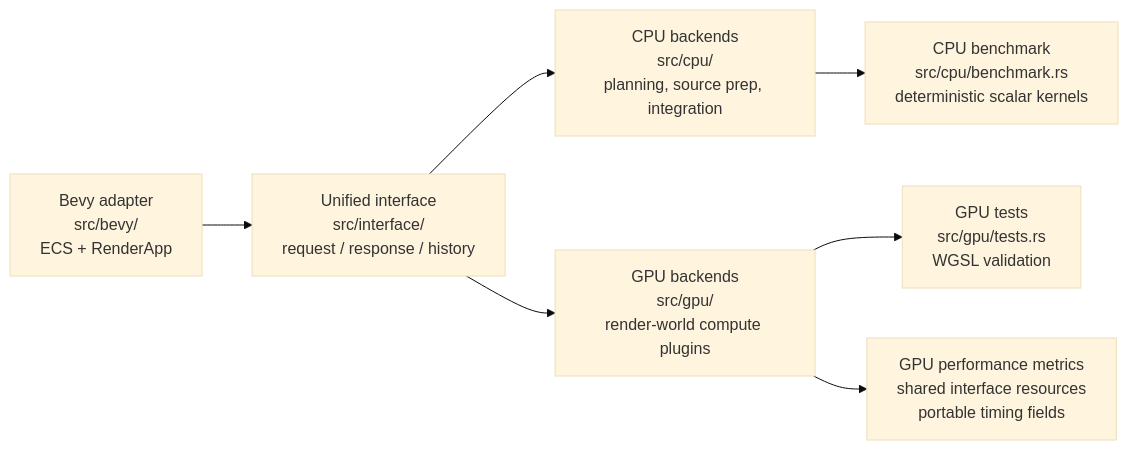
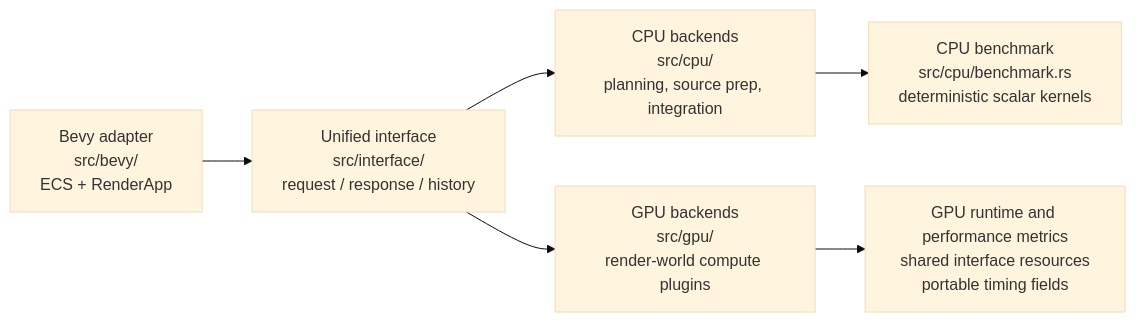
The third of 11 diagrams in README.md (Tom-Jim/RyuGu_WASM), drawn with Mermaid (base theme) before and after one commit. The commit also changed other lines of this file and 28 other files, not shown here.

````diff
--- a/README.md
+++ b/README.md
@@ -187,9 +187,8 @@
 ```mermaid
 flowchart LR
     Bevy["Bevy adapter\nsrc/bevy/\nECS + RenderApp"] --> Interface["Unified interface\nsrc/interface/\nrequest / response / history"]
     Interface --> CPU["CPU backends\nsrc/cpu/\nplanning, source prep, integration"]
     Interface --> GPU["GPU backends\nsrc/gpu/\nrender-world compute plugins"]
     CPU --> CpuBenchmark["CPU benchmark\nsrc/cpu/benchmark.rs\ndeterministic scalar kernels"]
-    GPU --> GpuTests["GPU tests\nsrc/gpu/tests.rs\nWGSL validation"]
-    GPU --> GpuBenchmark["GPU performance metrics\nshared interface resources\nportable timing fields"]
+    GPU --> GpuBenchmark["GPU runtime and performance metrics\nshared interface resources\nportable timing fields"]
 ```
````
